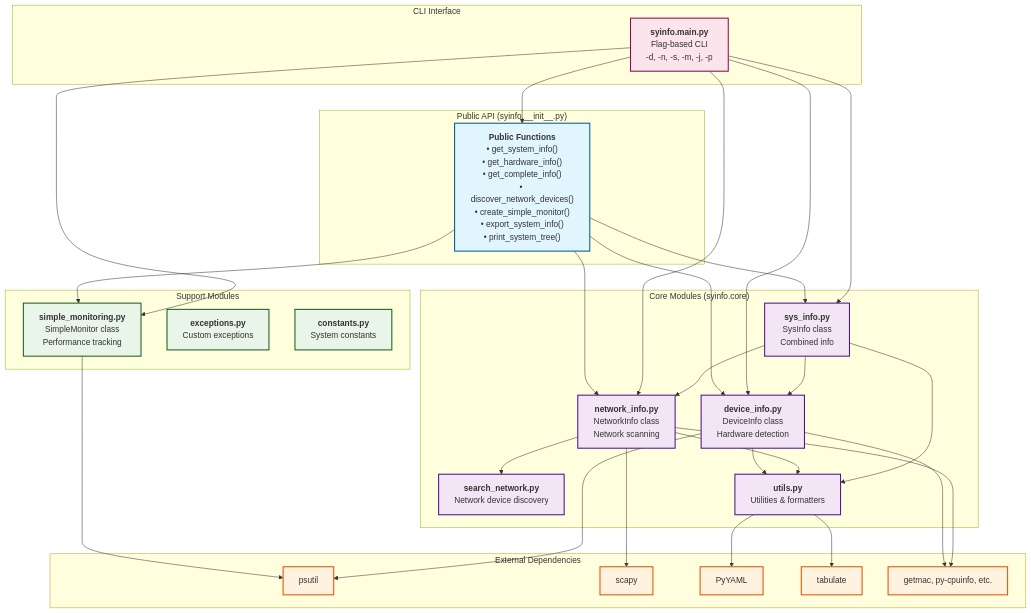
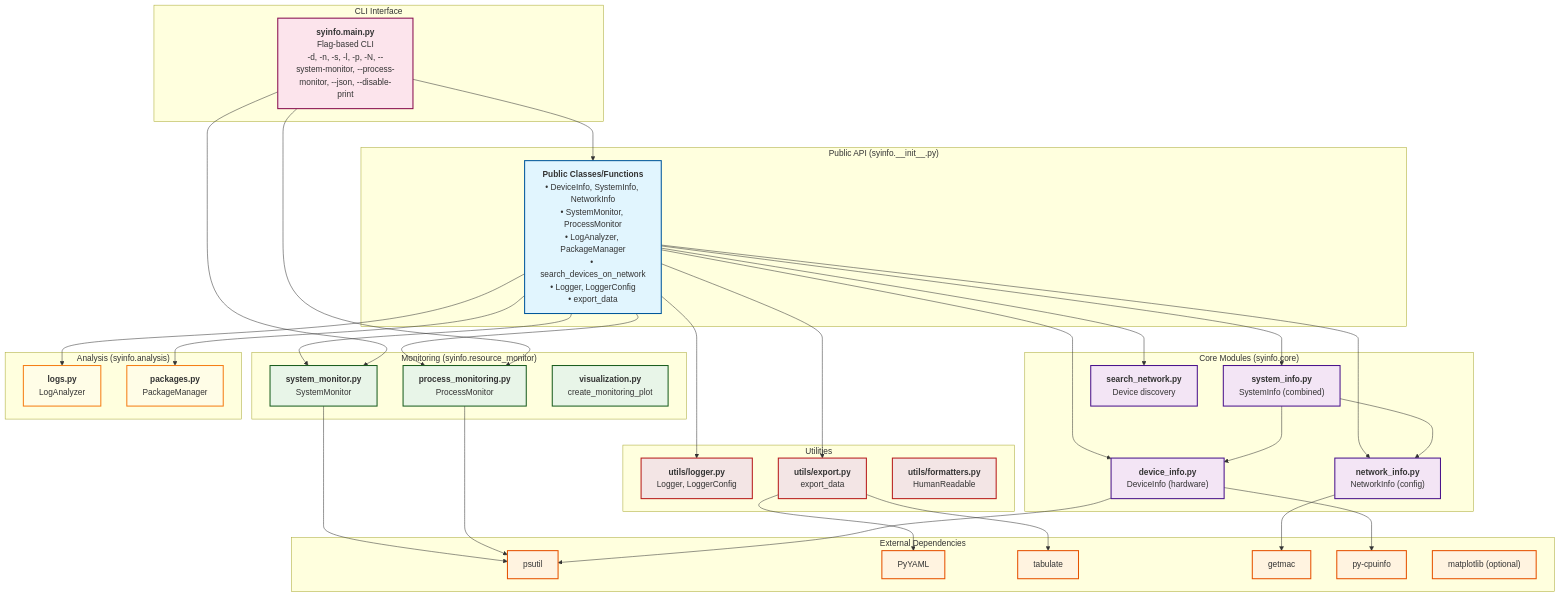
The diagram in docs/images/diagrams/package-architecture.mmd (MR901/syinfo), drawn with Mermaid before and after one commit. The commit also changed 75 other files, not shown here.

Commit message:
T3 - Added Features : Process Monitor + Logs + Packages + Logger + Builder (#4)

```diff
--- a/docs/images/diagrams/package-architecture.mmd
+++ b/docs/images/diagrams/package-architecture.mmd
@@ -1,94 +1,107 @@
 graph TB
-    %% SyInfo Package Architecture - Simplified Design
-    
+    %% SyInfo Package Architecture - Updated
+
     subgraph "Public API (syinfo.__init__.py)"
-        API["`**Public Functions**
-        • get_system_info()
-        • get_hardware_info()
-        • get_complete_info()
-        • discover_network_devices()
-        • create_simple_monitor()
-        • export_system_info()
-        • print_system_tree()`"]
+        API["`**Public Classes/Functions**
+        • DeviceInfo, SystemInfo, NetworkInfo
+        • SystemMonitor, ProcessMonitor
+        • LogAnalyzer, PackageManager
+        • search_devices_on_network
+        • Logger, LoggerConfig
+        • export_data`"]
     end
-    
+
     subgraph "CLI Interface"
         CLI["`**syinfo.__main__.py**
         Flag-based CLI
-        -d, -n, -s, -m, -j, -p`"]
+        -d, -n, -s, -l, -p, -N, --system-monitor, --process-monitor, --json, --disable-print`"]
     end
-    
+
     subgraph "Core Modules (syinfo.core)"
         DEV["`**device_info.py**
-        DeviceInfo class
-        Hardware detection`"]
+        DeviceInfo (hardware)`"]
         NET["`**network_info.py**
-        NetworkInfo class
-        Network scanning`"]
-        SYS["`**sys_info.py**
-        SysInfo class
-        Combined info`"]
+        NetworkInfo (config)`"]
+        SYS["`**system_info.py**
+        SystemInfo (combined)`"]
         SEARCH["`**search_network.py**
-        Network device discovery`"]
-        UTILS["`**utils.py**
-        Utilities & formatters`"]
+        Device discovery`"]
     end
-    
-    subgraph "Support Modules"
-        MON["`**simple_monitoring.py**
-        SimpleMonitor class
-        Performance tracking`"]
-        EXC["`**exceptions.py**
-        Custom exceptions`"]
-        CONST["`**constants.py**
-        System constants`"]
+
+    subgraph "Monitoring (syinfo.resource_monitor)"
+        SYSMON["`**system_monitor.py**
+        SystemMonitor`"]
+        PROCMON["`**process_monitoring.py**
+        ProcessMonitor`"]
+        VIS["`**visualization.py**
+        create_monitoring_plot`"]
     end
-    
+
+    subgraph "Analysis (syinfo.analysis)"
+        LOGS["`**logs.py**
+        LogAnalyzer`"]
+        PKG["`**packages.py**
+        PackageManager`"]
+    end
+
+    subgraph "Utilities"
+        LOGGER["`**utils/logger.py**
+        Logger, LoggerConfig`"]
+        EXPORT["`**utils/export.py**
+        export_data`"]
+        FMT["`**utils/formatters.py**
+        HumanReadable`"]
+    end
+
     subgraph "External Dependencies"
         PSUTIL["psutil"]
-        SCAPY["scapy"]
         YAML["PyYAML"]
         TABULATE["tabulate"]
-        OTHERS["getmac, py-cpuinfo, etc."]
+        GETMAC["getmac"]
+        CPUINFO["py-cpuinfo"]
+        MISC["matplotlib (optional)"]
     end
-    
+
     %% Connections
     API --> DEV
     API --> NET
     API --> SYS
-    API --> MON
-    
+    API --> SEARCH
+    API --> SYSMON
+    API --> PROCMON
+    API --> LOGS
+    API --> PKG
+    API --> LOGGER
+    API --> EXPORT
+
     CLI --> API
-    CLI --> DEV
-    CLI --> NET
-    CLI --> SYS
-    CLI --> MON
-    
+    CLI --> SYSMON
+    CLI --> PROCMON
+
     SYS --> DEV
     SYS --> NET
-    
-    NET --> SEARCH
-    DEV --> UTILS
-    NET --> UTILS
-    SYS --> UTILS
-    
-    MON --> PSUTIL
+
+    SYSMON --> PSUTIL
+    PROCMON --> PSUTIL
     DEV --> PSUTIL
-    DEV --> OTHERS
-    NET --> SCAPY
-    NET --> OTHERS
-    UTILS --> YAML
-    UTILS --> TABULATE
-    
+    DEV --> CPUINFO
+    NET --> GETMAC
+    EXPORT --> YAML
+    EXPORT --> TABULATE
+
     %% Styling
     classDef publicAPI fill:#e1f5fe,stroke:#01579b,stroke-width:2px
     classDef coreModule fill:#f3e5f5,stroke:#4a148c,stroke-width:2px
-    classDef supportModule fill:#e8f5e8,stroke:#1b5e20,stroke-width:2px
+    classDef monitor fill:#e8f5e8,stroke:#1b5e20,stroke-width:2px
+    classDef analysis fill:#fffde7,stroke:#f57f17,stroke-width:2px
+    classDef util fill:#f3e5e5,stroke:#b71c1c,stroke-width:2px
     classDef external fill:#fff3e0,stroke:#e65100,stroke-width:2px
     classDef cli fill:#fce4ec,stroke:#880e4f,stroke-width:2px
-    
+
     class API publicAPI
-    class DEV,NET,SYS,SEARCH,UTILS coreModule
-    class MON,EXC,CONST supportModule
-    class PSUTIL,SCAPY,YAML,TABULATE,OTHERS external
+    class DEV,NET,SYS,SEARCH coreModule
+    class SYSMON,PROCMON,VIS monitor
+    class LOGS,PKG analysis
+    class LOGGER,EXPORT,FMT util
+    class PSUTIL,YAML,TABULATE,GETMAC,CPUINFO,MISC external
     class CLI cli
```
